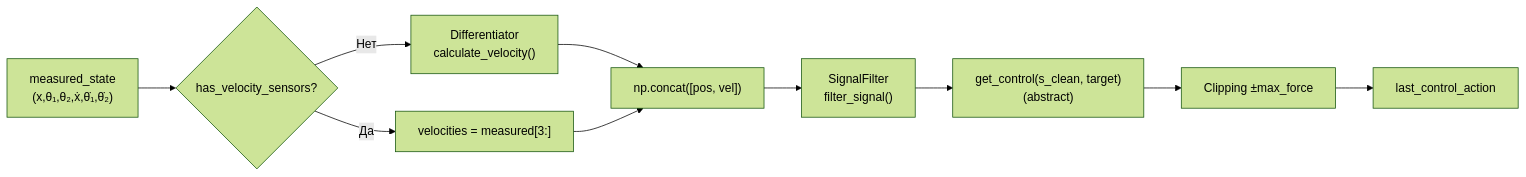
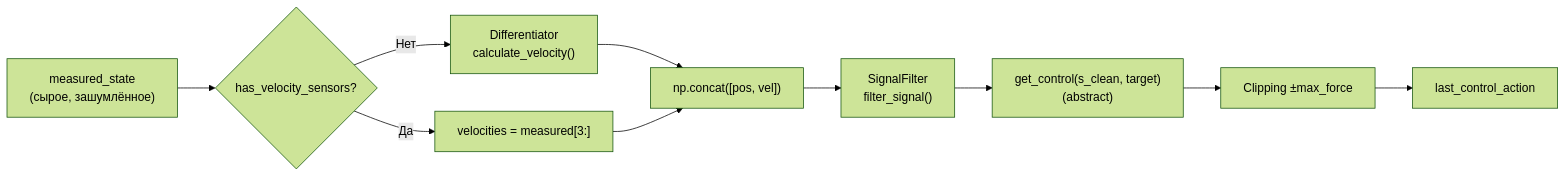
One commit to gshjis/RL_control changed the fourth of 9 diagrams in docs/TECHNICAL_DOCUMENTATION.md. Above: the diagram before and after it, drawn with Mermaid (forest theme). The commit also changed other lines of this file and 10 other files, not shown here.

````diff
--- a/docs/TECHNICAL_DOCUMENTATION.md
+++ b/docs/TECHNICAL_DOCUMENTATION.md
@@ -562,12 +409,12 @@
 ```mermaid
 flowchart LR
-    A["measured_state<br/>(x,θ₁,θ₂,ẋ,θ̇₁,θ̇₂)"] --> B{"has_velocity_sensors?"}
+    A["measured_state<br/>(сырое, зашумлённое)"] --> B{"has_velocity_sensors?"}
     B -->|Нет| C["Differentiator<br/>calculate_velocity()"]
     B -->|Да| D["velocities = measured[3:]"]
     C --> E["np.concat([pos, vel])"]
     D --> E
     E --> F["SignalFilter<br/>filter_signal()"]
     F --> G["get_control(s_clean, target)<br/>(abstract)"]
     G --> H["Clipping ±max_force"]
     H --> I["last_control_action"]
 ```
````
